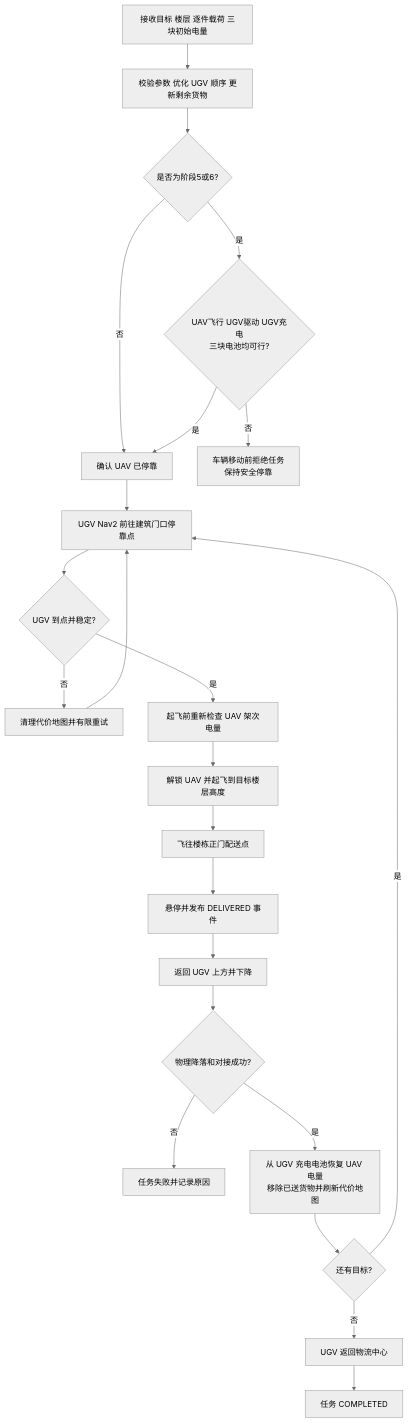
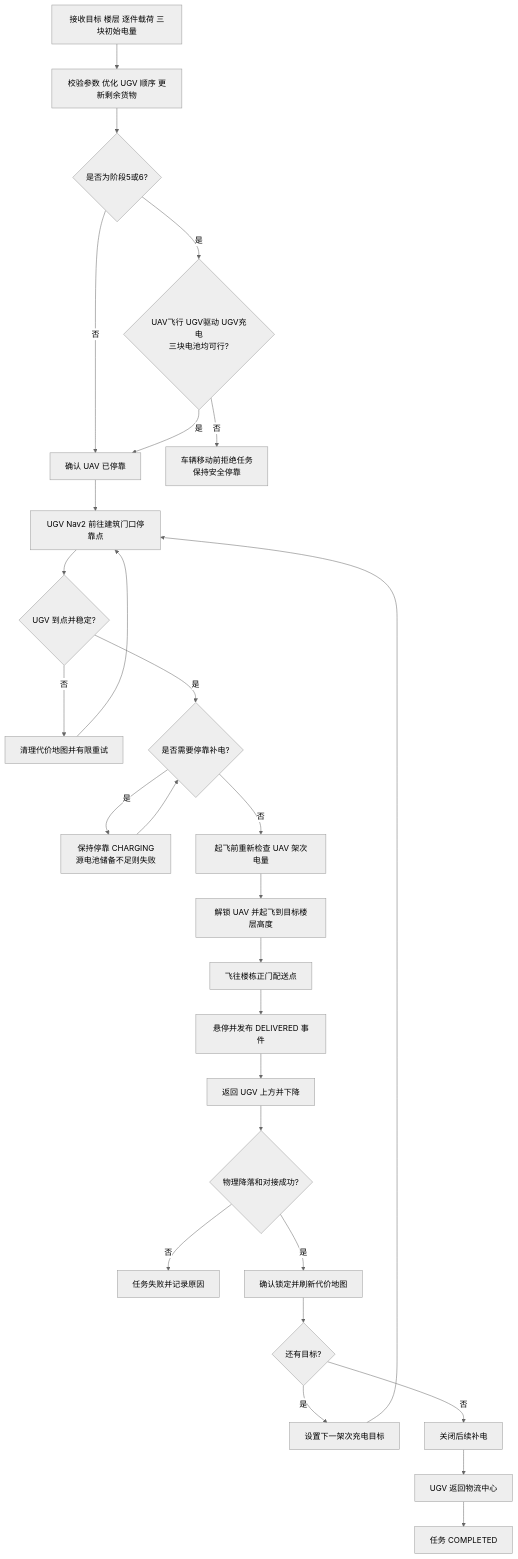
The third of 7 diagrams in wqi_final/docs/system_architecture.md (liyongqihhh/wqi_final), drawn with Mermaid (neutral theme) before and after one commit. The commit also changed other lines of this file and 218 other files, not shown here.

````diff
--- a/wqi_final/docs/system_architecture.md
+++ b/wqi_final/docs/system_architecture.md
@@ -77,25 +122,30 @@
 ```mermaid
 flowchart TD
     A[接收目标 楼层 逐件载荷 三块初始电量] --> B[校验参数 优化 UGV 顺序 更新剩余货物]
     B --> C{是否为阶段5或6?}
     C -- 否 --> D[确认 UAV 已停靠]
     C -- 是 --> C1{UAV飞行 UGV驱动 UGV充电<br/>三块电池均可行?}
     C1 -- 否 --> R[车辆移动前拒绝任务<br/>保持安全停靠]
     C1 -- 是 --> D
     D --> E[UGV Nav2 前往建筑门口停靠点]
     E --> F{UGV 到点并稳定?}
     F -- 否 --> X[清理代价地图并有限重试]
     X --> E
-    F -- 是 --> G[起飞前重新检查 UAV 架次电量]
+    F -- 是 --> G0{是否需要停靠补电?}
+    G0 -- 是 --> G1[保持停靠 CHARGING<br/>源电池储备不足则失败]
+    G1 --> G0
+    G0 -- 否 --> G[起飞前重新检查 UAV 架次电量]
     G --> H[解锁 UAV 并起飞到目标楼层高度]
     H --> I[飞往楼栋正门配送点]
     I --> J[悬停并发布 DELIVERED 事件]
     J --> K[返回 UGV 上方并下降]
     K --> L{物理降落和对接成功?}
     L -- 否 --> Q[任务失败并记录原因]
-    L -- 是 --> M[从 UGV 充电电池恢复 UAV 电量<br/>移除已送货物并刷新代价地图]
+    L -- 是 --> M[确认锁定并刷新代价地图]
     M --> N{还有目标?}
-    N -- 是 --> E
-    N -- 否 --> O[UGV 返回物流中心]
+    N -- 是 --> N1[设置下一架次充电目标]
+    N1 --> E
+    N -- 否 --> O0[关闭后续补电]
+    O0 --> O[UGV 返回物流中心]
     O --> P[任务 COMPLETED]
 ```
````
